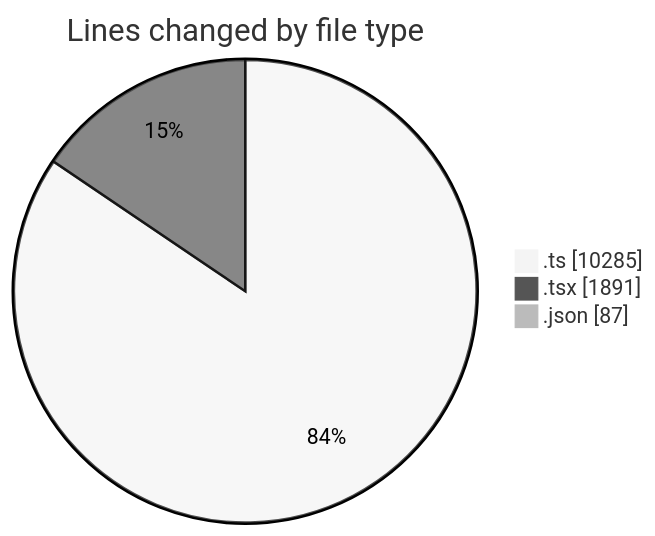
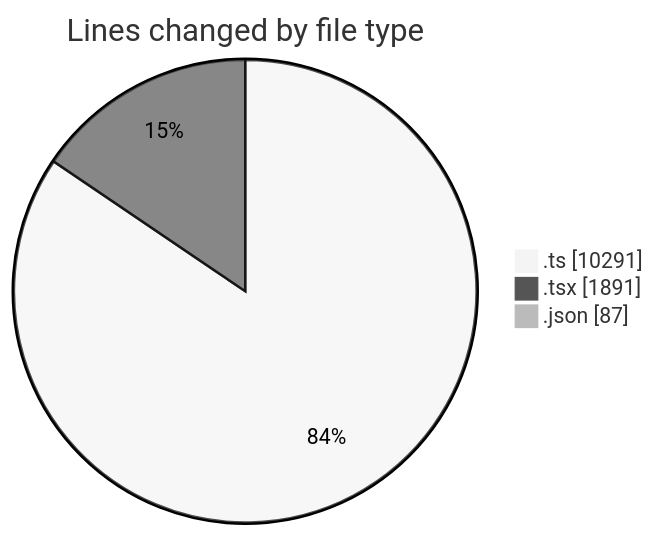
One commit to momahboobian/code-tracking changed the first of 2 diagrams in 2025-07-14/cda/README.md. Above: the diagram before and after it, drawn with Mermaid (neutral theme). The commit also changed other lines of this file and 1 other file, not shown here.

````diff
--- a/2025-07-14/cda/README.md
+++ b/2025-07-14/cda/README.md
@@ -29,7 +29,7 @@
 ```mermaid
 pie showData
 title Lines changed by file type
-".ts" : 10285
+".ts" : 10291
 ".tsx" : 1891
 ".json" : 87
 ```
````
